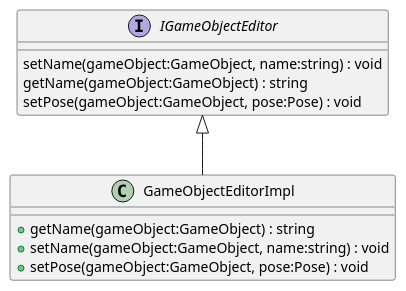
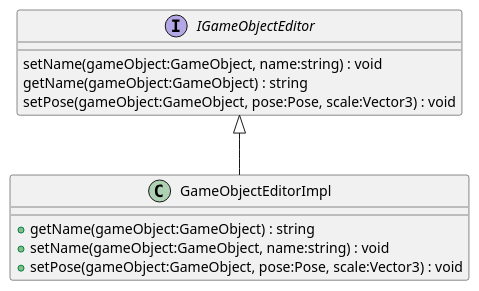
Before and after one commit to DeNatur/ProductionFloorVisualization: the diagram in UML/domain/IGameObjectEditor.puml, drawn with PlantUML. The commit also changed 7 other files, not shown here.

Commit message:
Generate UML (Generate UML)

```diff
--- a/UML/domain/IGameObjectEditor.puml
+++ b/UML/domain/IGameObjectEditor.puml
@@ -1,13 +1,13 @@
 @startuml
 interface IGameObjectEditor {
     setName(gameObject:GameObject, name:string) : void
     getName(gameObject:GameObject) : string
-    setPose(gameObject:GameObject, pose:Pose) : void
+    setPose(gameObject:GameObject, pose:Pose, scale:Vector3) : void
 }
 class GameObjectEditorImpl {
     + getName(gameObject:GameObject) : string
     + setName(gameObject:GameObject, name:string) : void
-    + setPose(gameObject:GameObject, pose:Pose) : void
+    + setPose(gameObject:GameObject, pose:Pose, scale:Vector3) : void
 }
 IGameObjectEditor <|-- GameObjectEditorImpl
 @enduml
```
